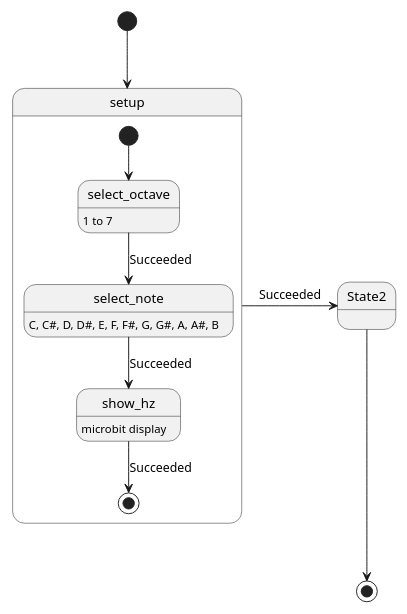
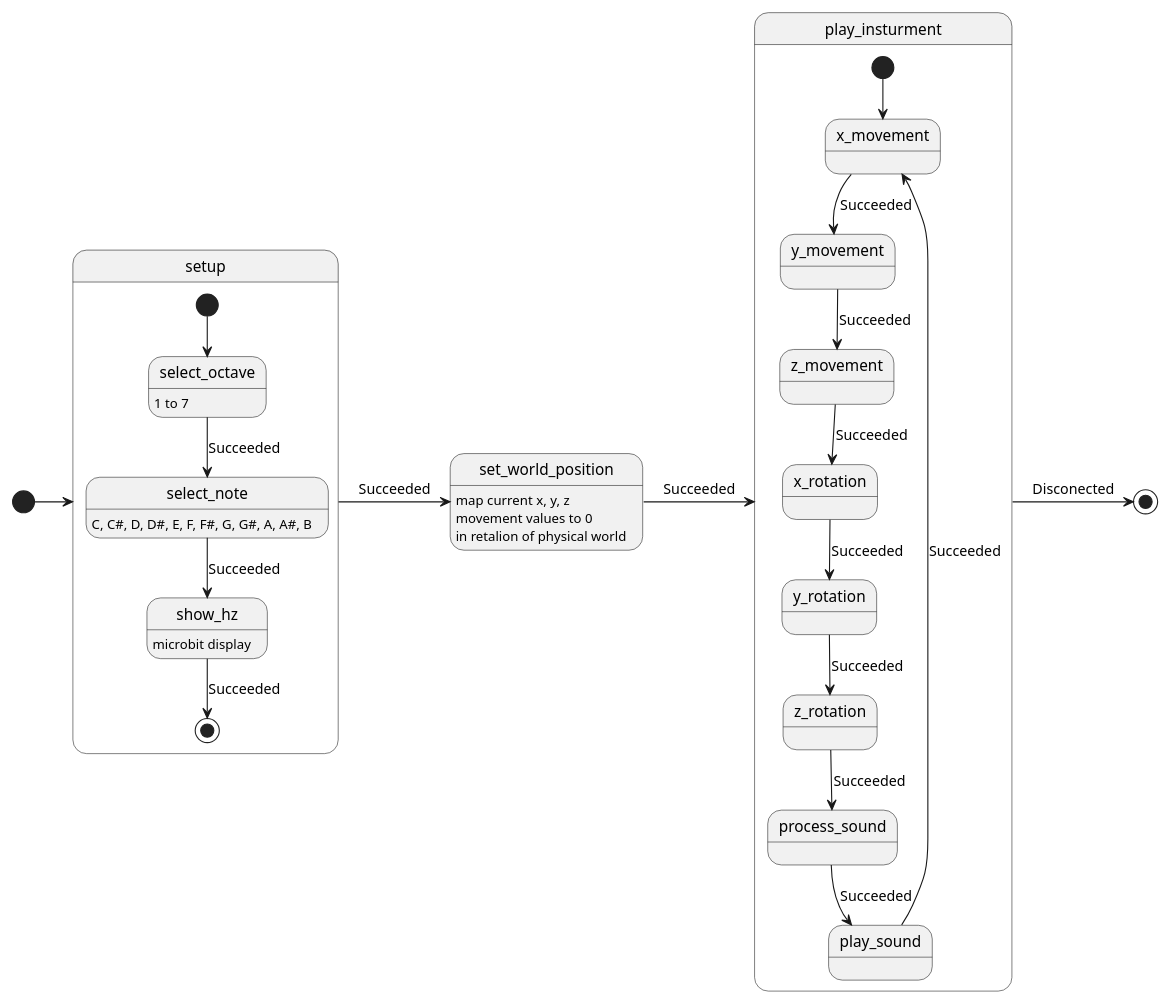
Before and after one commit to jfUPB/bitacorassfi12024-10-LemurWater: the diagram in Unidad3/state_machine.puml, drawn with PlantUML.

```diff
--- a/Unidad3/state_machine.puml
+++ b/Unidad3/state_machine.puml
@@ -1,20 +1,42 @@
 @startuml
 
-scale 350 width
+scale 1024 width
 
-[*] --> setup
+[*] -> setup
 
 state setup {
  [*] --> select_octave
  select_octave: 1 to 7
  select_octave --> select_note : Succeeded
  select_note: C, C#, D, D#, E, F, F#, G, G#, A, A#, B
  select_note --> show_hz : Succeeded
  show_hz: microbit display
  show_hz --> [*] : Succeeded
 }
+setup -> set_world_position : Succeeded
 
-setup-> State2 : Succeeded
-State2 --> [*]
+
+state set_world_position {
+ set_world_position: map current x, y, z
+ set_world_position: movement values to 0
+ set_world_position: in retalion of physical world
+}
+set_world_position -> play_insturment : Succeeded
+
+
+state play_insturment {
+ [*] --> x_movement
+ x_movement --> y_movement: Succeeded
+ y_movement --> z_movement: Succeeded
+ z_movement --> x_rotation: Succeeded
+ x_rotation --> y_rotation: Succeeded
+ y_rotation --> z_rotation: Succeeded
+ z_rotation --> process_sound : Succeeded
+ process_sound --> play_sound: Succeeded
+
+ play_sound --> x_movement: Succeeded
+}
+
+play_insturment -> [*] : Disconected
 
 @enduml
```
